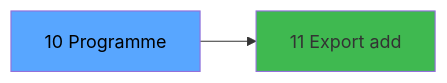
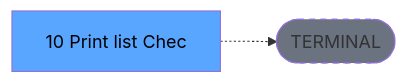
The third of 3 diagrams in .openspec/renders/ADH-IDE-10.md (thonyAGP/lecteur-magic), drawn with Mermaid before and after one commit. The commit also changed other lines of this file and 701 other files, not shown here.

````diff
--- a/.openspec/renders/ADH-IDE-10.md
+++ b/.openspec/renders/ADH-IDE-10.md
@@ -126,8 +134,8 @@
 ```mermaid
 graph LR
-    T[10 Programme]
-    C11[11 Export   add]
-    T --> C11
+    T[10 Print list Chec]
+    TERM([TERMINAL])
+    T -.-> TERM
+    style TERM fill:#6b7280,stroke-dasharray: 5 5
     style T fill:#58a6ff,color:#000
-    style C11 fill:#3fb950
 ```
````
